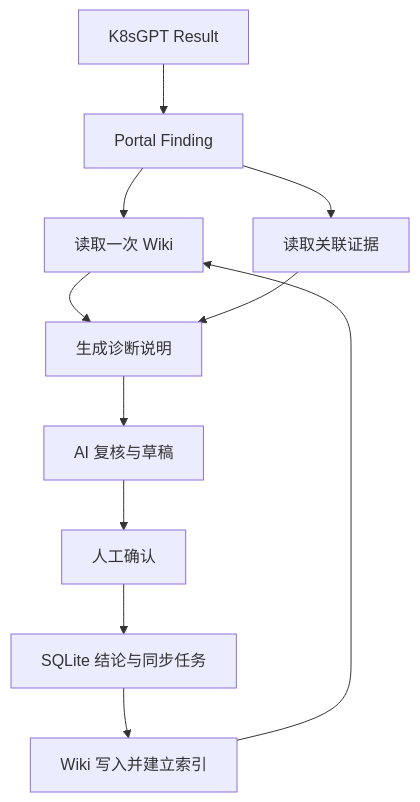
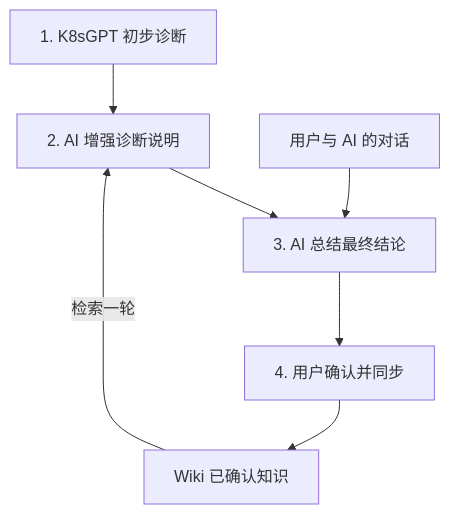
One commit to abchw517/kube-aiops changed the diagram in docs/llm-wiki-integration.md. Above: the diagram before and after it, drawn with Mermaid. The commit also changed other lines of this file and 1 other file, not shown here.

Commit message:
Clarify the four-stage diagnostic and Wiki workflow

````diff
--- a/docs/llm-wiki-integration.md
+++ b/docs/llm-wiki-integration.md
@@ -18,13 +16,9 @@
 ```mermaid
 flowchart TD
-    A["K8sGPT Result"] --> B["Portal Finding"]
-    B --> C["读取一次 Wiki"]
-    B --> D["读取关联证据"]
-    C --> E["生成诊断说明"]
-    D --> E
-    E --> F["AI 复核与草稿"]
-    F --> G["人工确认"]
-    G --> H["SQLite 结论与同步任务"]
-    H --> I["Wiki 写入并建立索引"]
-    I --> C
+    A["1. K8sGPT 初步诊断"] --> B["2. AI 增强诊断说明"]
+    W["Wiki 已确认知识"] -->|"检索一轮"| B
+    B --> C["3. AI 总结最终结论"]
+    D["用户与 AI 的对话"] --> C
+    C --> E["4. 用户确认并同步"]
+    E --> W
 ```
````
